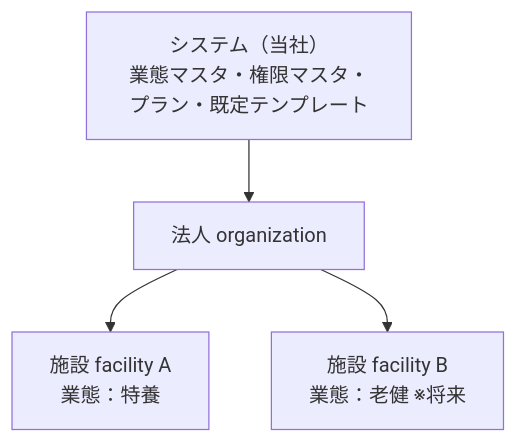
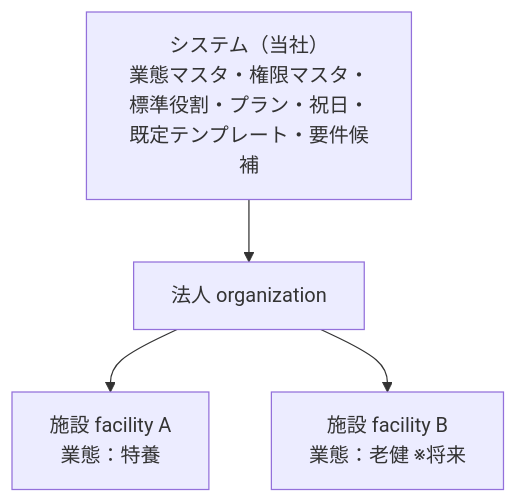
Before and after one commit to mao726/company: the first of 3 diagrams in ai-facility-partner/docs/architecture/database-design.md, drawn with Mermaid. The commit also changed other lines of this file and 22 other files, not shown here.

````diff
--- a/ai-facility-partner/docs/architecture/database-design.md
+++ b/ai-facility-partner/docs/architecture/database-design.md
@@ -34,10 +39,10 @@
 ```mermaid
 flowchart TD
-  SYS[システム（当社）<br/>業態マスタ・権限マスタ・プラン・既定テンプレート]
+  SYS[システム（当社）<br/>業態マスタ・権限マスタ・標準役割・プラン・祝日・既定テンプレート・要件候補]
   ORG[法人 organization]
   F1[施設 facility A<br/>業態：特養]
   F2[施設 facility B<br/>業態：老健 ※将来]
   SYS --> ORG
   ORG --> F1
   ORG --> F2
 ```
````
